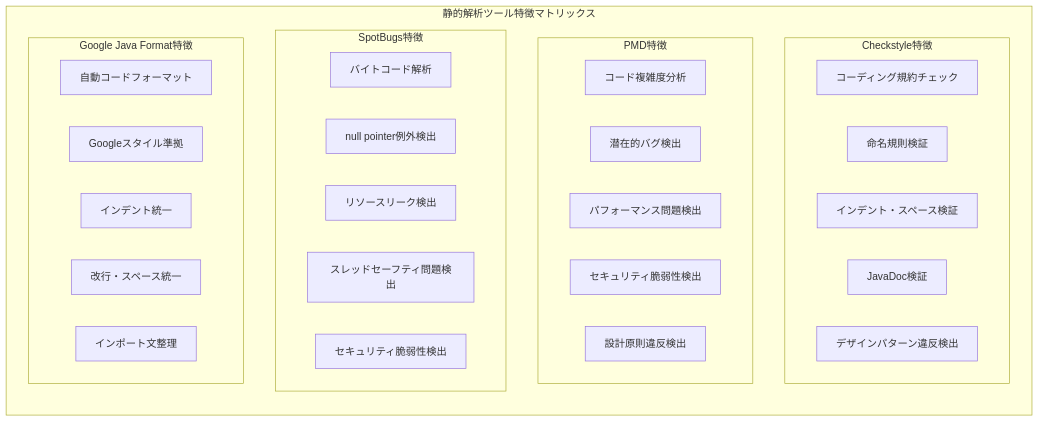
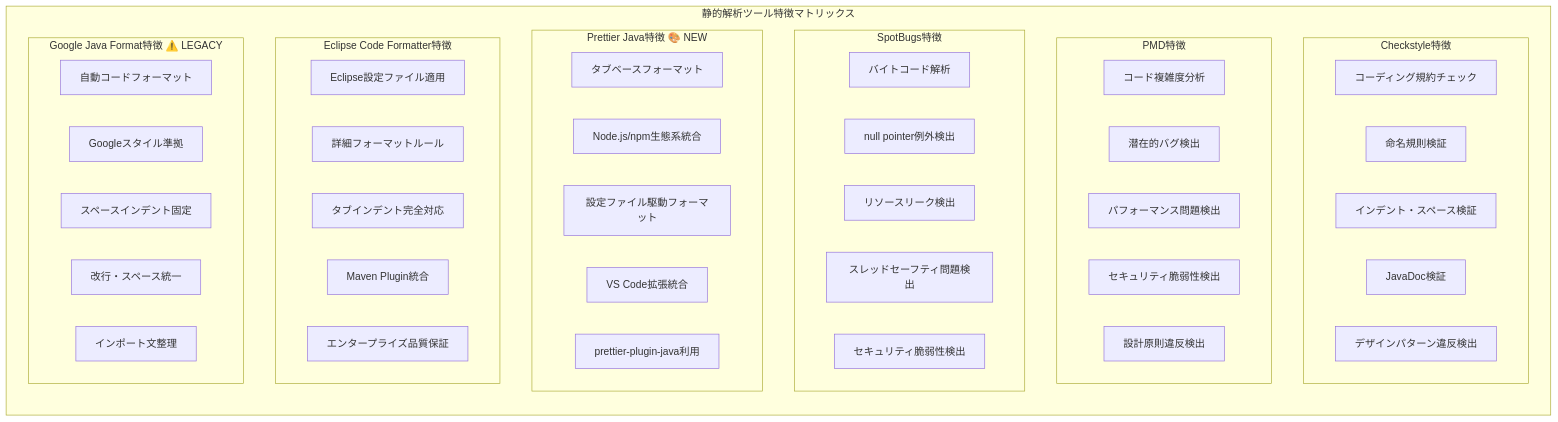
Before and after one commit to digital-ojt/development-webCourse-DroneInventorySystem: the second of 11 diagrams in scripts/STATIC_ANALYSIS_TOOLS_FEATURE_DIAGRAM.md, drawn with Mermaid. The commit also changed other lines of this file and 67 other files, not shown here.

````diff
--- a/scripts/STATIC_ANALYSIS_TOOLS_FEATURE_DIAGRAM.md
+++ b/scripts/STATIC_ANALYSIS_TOOLS_FEATURE_DIAGRAM.md
@@ -68,37 +86,53 @@
 ```mermaid
 graph LR
     subgraph "静的解析ツール特徴マトリックス"
         
         subgraph "Checkstyle特徴"
             CS1[コーディング規約チェック]
             CS2[命名規則検証]
             CS3[インデント・スペース検証]
             CS4[JavaDoc検証]
             CS5[デザインパターン違反検出]
         end
         
         subgraph "PMD特徴"
             PMD1[コード複雑度分析]
             PMD2[潜在的バグ検出]
             PMD3[パフォーマンス問題検出]
             PMD4[セキュリティ脆弱性検出]
             PMD5[設計原則違反検出]
         end
         
         subgraph "SpotBugs特徴"
             SB1[バイトコード解析]
             SB2[null pointer例外検出]
             SB3[リソースリーク検出]
             SB4[スレッドセーフティ問題検出]
             SB5[セキュリティ脆弱性検出]
         end
         
-        subgraph "Google Java Format特徴"
+        subgraph "Prettier Java特徴 🎨 NEW"
+            PJ1[タブベースフォーマット]
+            PJ2[Node.js/npm生態系統合]
+            PJ3[設定ファイル駆動フォーマット]
+            PJ4[VS Code拡張統合]
+            PJ5[prettier-plugin-java利用]
+        end
+        
+        subgraph "Eclipse Code Formatter特徴"
+            EF1[Eclipse設定ファイル適用]
+            EF2[詳細フォーマットルール]
+            EF3[タブインデント完全対応]
+            EF4[Maven Plugin統合]
+            EF5[エンタープライズ品質保証]
+        end
+        
+        subgraph "Google Java Format特徴 ⚠️ LEGACY"
             GJF1[自動コードフォーマット]
             GJF2[Googleスタイル準拠]
-            GJF3[インデント統一]
+            GJF3[スペースインデント固定]
             GJF4[改行・スペース統一]
             GJF5[インポート文整理]
         end
     end
 ```
````
